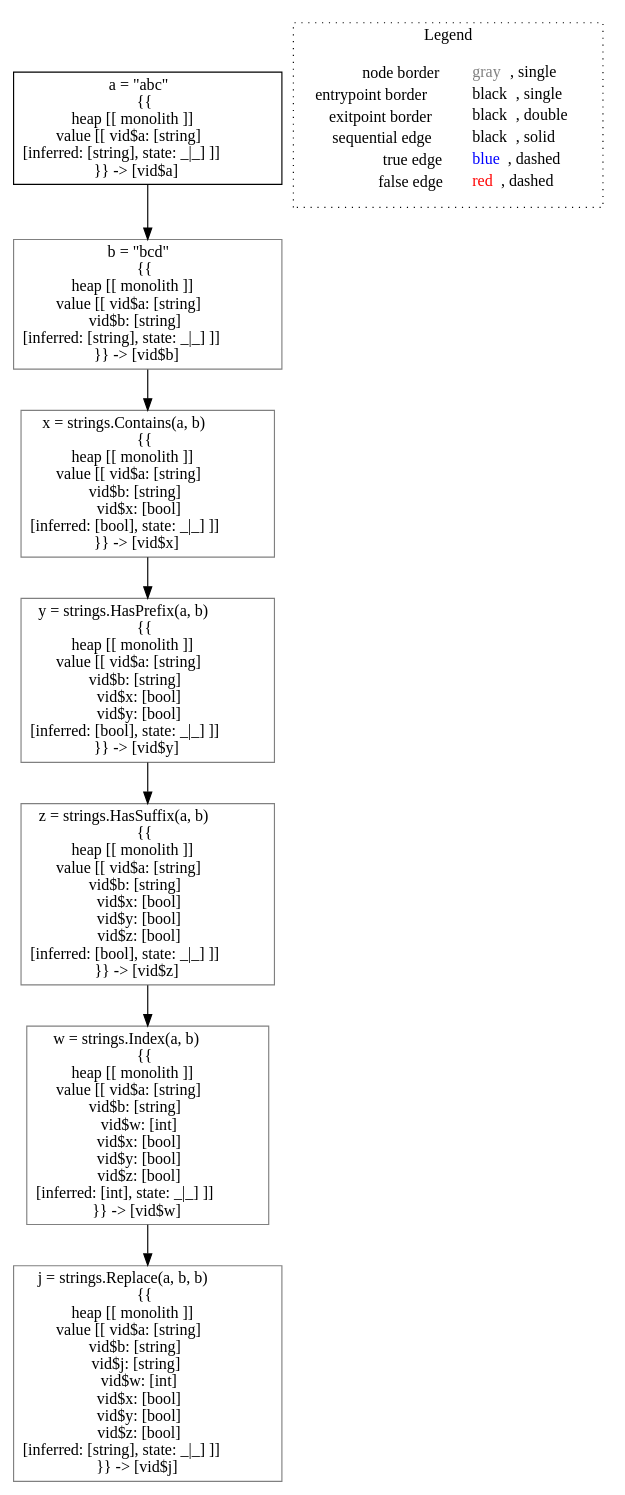
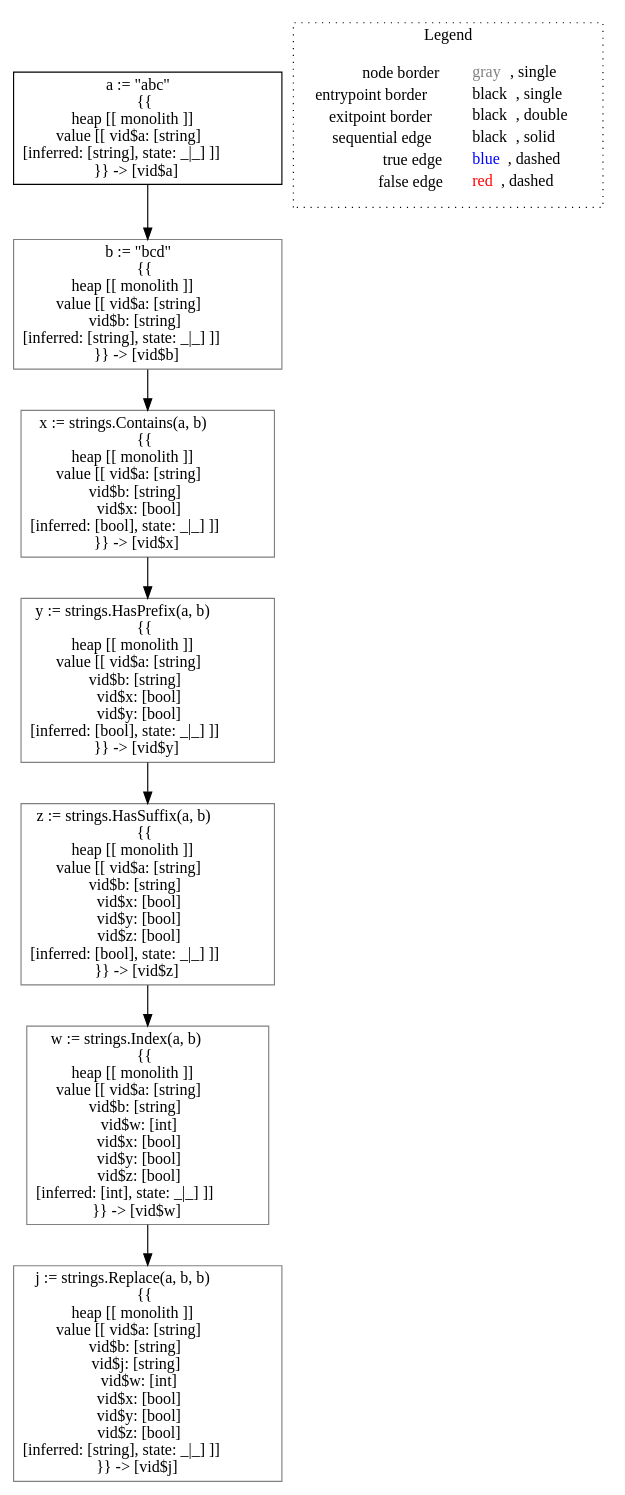
The diagram in go-lisa/go-testcases/typing/typing___untyped_~LiSAProgram.strings().dot (lisa-analyzer/go-lisa), drawn with Graphviz before and after one commit. The commit also changed 4 other files, not shown here.

```diff
--- a/go-lisa/go-testcases/typing/typing___untyped_~LiSAProgram.strings().dot
+++ b/go-lisa/go-testcases/typing/typing___untyped_~LiSAProgram.strings().dot
@@ -1,22 +1,22 @@
 digraph {
-	"node0" [shape="rect",color="black",label=<a = &quot;abc&quot;<BR/>{{<BR/>heap [[ monolith ]]<BR/>value [[ vid$a: [string]<BR/>[inferred: [string], state: _|_] ]]<BR/>}} -&gt; [vid$a]>];
-	"node1" [shape="rect",color="gray",label=<b = &quot;bcd&quot;<BR/>{{<BR/>heap [[ monolith ]]<BR/>value [[ vid$a: [string]<BR/>vid$b: [string]<BR/>[inferred: [string], state: _|_] ]]<BR/>}} -&gt; [vid$b]>];
-	"node2" [shape="rect",color="gray",label=<z = strings.HasSuffix(a, b)<BR/>{{<BR/>heap [[ monolith ]]<BR/>value [[ vid$a: [string]<BR/>vid$b: [string]<BR/>vid$x: [bool]<BR/>vid$y: [bool]<BR/>vid$z: [bool]<BR/>[inferred: [bool], state: _|_] ]]<BR/>}} -&gt; [vid$z]>];
-	"node3" [shape="rect",color="gray",label=<j = strings.Replace(a, b, b)<BR/>{{<BR/>heap [[ monolith ]]<BR/>value [[ vid$a: [string]<BR/>vid$b: [string]<BR/>vid$j: [string]<BR/>vid$w: [int]<BR/>vid$x: [bool]<BR/>vid$y: [bool]<BR/>vid$z: [bool]<BR/>[inferred: [string], state: _|_] ]]<BR/>}} -&gt; [vid$j]>];
-	"node4" [shape="rect",color="gray",label=<x = strings.Contains(a, b)<BR/>{{<BR/>heap [[ monolith ]]<BR/>value [[ vid$a: [string]<BR/>vid$b: [string]<BR/>vid$x: [bool]<BR/>[inferred: [bool], state: _|_] ]]<BR/>}} -&gt; [vid$x]>];
-	"node5" [shape="rect",color="gray",label=<y = strings.HasPrefix(a, b)<BR/>{{<BR/>heap [[ monolith ]]<BR/>value [[ vid$a: [string]<BR/>vid$b: [string]<BR/>vid$x: [bool]<BR/>vid$y: [bool]<BR/>[inferred: [bool], state: _|_] ]]<BR/>}} -&gt; [vid$y]>];
-	"node6" [shape="rect",color="gray",label=<w = strings.Index(a, b)<BR/>{{<BR/>heap [[ monolith ]]<BR/>value [[ vid$a: [string]<BR/>vid$b: [string]<BR/>vid$w: [int]<BR/>vid$x: [bool]<BR/>vid$y: [bool]<BR/>vid$z: [bool]<BR/>[inferred: [int], state: _|_] ]]<BR/>}} -&gt; [vid$w]>];
+	"node0" [shape="rect",color="black",label=<a := &quot;abc&quot;<BR/>{{<BR/>heap [[ monolith ]]<BR/>value [[ vid$a: [string]<BR/>[inferred: [string], state: _|_] ]]<BR/>}} -&gt; [vid$a]>];
+	"node1" [shape="rect",color="gray",label=<b := &quot;bcd&quot;<BR/>{{<BR/>heap [[ monolith ]]<BR/>value [[ vid$a: [string]<BR/>vid$b: [string]<BR/>[inferred: [string], state: _|_] ]]<BR/>}} -&gt; [vid$b]>];
+	"node2" [shape="rect",color="gray",label=<z := strings.HasSuffix(a, b)<BR/>{{<BR/>heap [[ monolith ]]<BR/>value [[ vid$a: [string]<BR/>vid$b: [string]<BR/>vid$x: [bool]<BR/>vid$y: [bool]<BR/>vid$z: [bool]<BR/>[inferred: [bool], state: _|_] ]]<BR/>}} -&gt; [vid$z]>];
+	"node3" [shape="rect",color="gray",label=<j := strings.Replace(a, b, b)<BR/>{{<BR/>heap [[ monolith ]]<BR/>value [[ vid$a: [string]<BR/>vid$b: [string]<BR/>vid$j: [string]<BR/>vid$w: [int]<BR/>vid$x: [bool]<BR/>vid$y: [bool]<BR/>vid$z: [bool]<BR/>[inferred: [string], state: _|_] ]]<BR/>}} -&gt; [vid$j]>];
+	"node4" [shape="rect",color="gray",label=<x := strings.Contains(a, b)<BR/>{{<BR/>heap [[ monolith ]]<BR/>value [[ vid$a: [string]<BR/>vid$b: [string]<BR/>vid$x: [bool]<BR/>[inferred: [bool], state: _|_] ]]<BR/>}} -&gt; [vid$x]>];
+	"node5" [shape="rect",color="gray",label=<y := strings.HasPrefix(a, b)<BR/>{{<BR/>heap [[ monolith ]]<BR/>value [[ vid$a: [string]<BR/>vid$b: [string]<BR/>vid$x: [bool]<BR/>vid$y: [bool]<BR/>[inferred: [bool], state: _|_] ]]<BR/>}} -&gt; [vid$y]>];
+	"node6" [shape="rect",color="gray",label=<w := strings.Index(a, b)<BR/>{{<BR/>heap [[ monolith ]]<BR/>value [[ vid$a: [string]<BR/>vid$b: [string]<BR/>vid$w: [int]<BR/>vid$x: [bool]<BR/>vid$y: [bool]<BR/>vid$z: [bool]<BR/>[inferred: [int], state: _|_] ]]<BR/>}} -&gt; [vid$w]>];
 	"node0" -> "node1" [color="black"];
 	"node1" -> "node4" [color="black"];
 	"node2" -> "node6" [color="black"];
 	"node4" -> "node5" [color="black"];
 	"node5" -> "node2" [color="black"];
 	"node6" -> "node3" [color="black"];
 subgraph cluster_legend {
 	label="Legend";
 	style=dotted;
 	node [shape=plaintext];
 	"legend" [label=<<table border="0" cellpadding="2" cellspacing="0" cellborder="0"><tr><td align="right">node border&nbsp;</td><td align="left"><font color="gray">gray</font>, single</td></tr><tr><td align="right">entrypoint border&nbsp;</td><td align="left"><font color="black">black</font>, single</td></tr><tr><td align="right">exitpoint border&nbsp;</td><td align="left"><font color="black">black</font>, double</td></tr><tr><td align="right">sequential edge&nbsp;</td><td align="left"><font color="black">black</font>, solid</td></tr><tr><td align="right">true edge&nbsp;</td><td align="left"><font color="blue">blue</font>, dashed</td></tr><tr><td align="right">false edge&nbsp;</td><td align="left"><font color="red">red</font>, dashed</td></tr></table>>];
 }
 
 }
```
